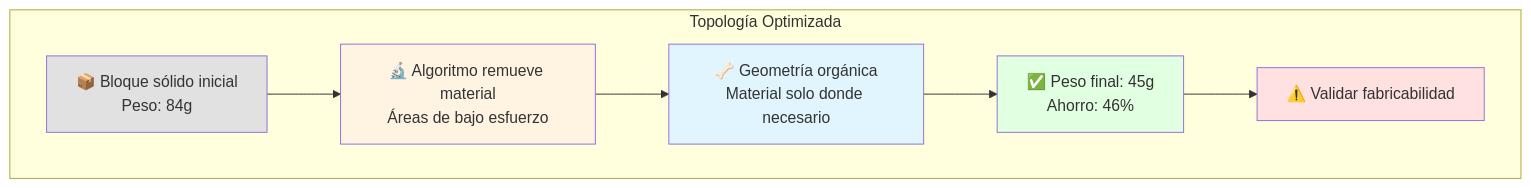
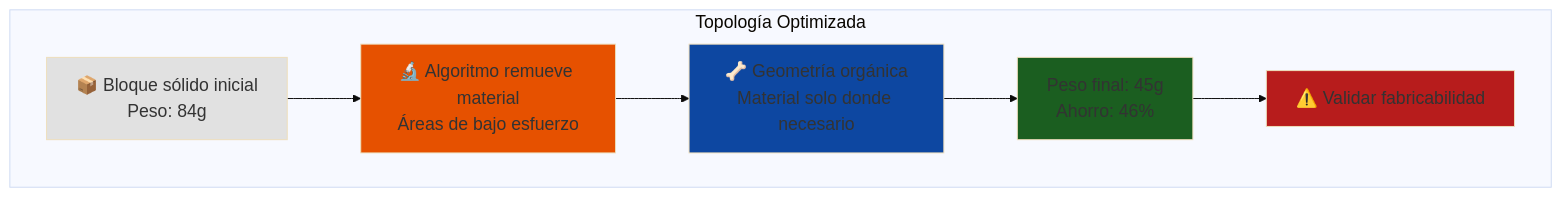
Before and after one commit to Ai-Whisperers/Courses-Content: diagram 15 of 18 in courses/🟡-development/FPUNA-2026/03-INGENIERIA-AERONAUTICA/03-estructuras-materiales.md, drawn with Mermaid. The commit also changed other lines of this file and 47 other files, not shown here.

First line of the commit message:
fix: Make all 473 diagrams WCAG AAA accessible (FPUNA-2026)

````diff
--- a/courses/🟡-development/FPUNA-2026/03-INGENIERIA-AERONAUTICA/03-estructuras-materiales.md
+++ b/courses/🟡-development/FPUNA-2026/03-INGENIERIA-AERONAUTICA/03-estructuras-materiales.md
@@ -990,21 +1004,22 @@
 ```mermaid
+%%{init: {'theme':'base', 'themeVariables': {'fontSize':'18px'}}}%%
 graph TD
     subgraph "Topología Optimizada"
         A[📦 Bloque sólido inicial<br/>Peso: 84g]
         B[🔬 Algoritmo remueve material<br/>Áreas de bajo esfuerzo]
         C[🦴 Geometría orgánica<br/>Material solo donde necesario]
-        D[✅ Peso final: 45g<br/>Ahorro: 46%]
+        D[Peso final: 45g<br/>Ahorro: 46%]
         
         A --> B
         B --> C
         C --> D
         
         D --> E[⚠️ Validar fabricabilidad]
     end
     
     style A fill:#E1E1E1
-    style B fill:#FFF4E1
-    style C fill:#E1F5FF
-    style D fill:#E1FFE1
-    style E fill:#FFE1E1
+    style B fill:#e65100
+    style C fill:#0d47a1
+    style D fill:#1b5e20
+    style E fill:#b71c1c
 ```
````
